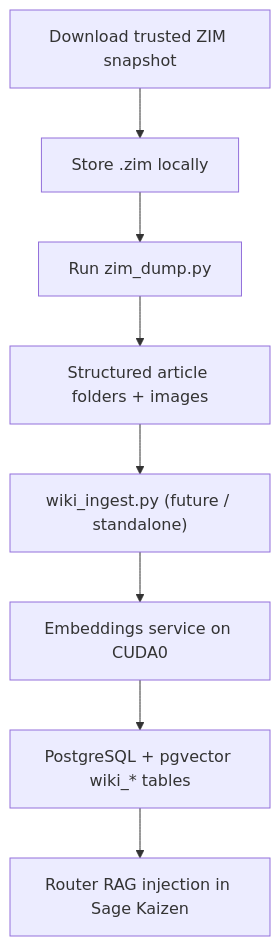
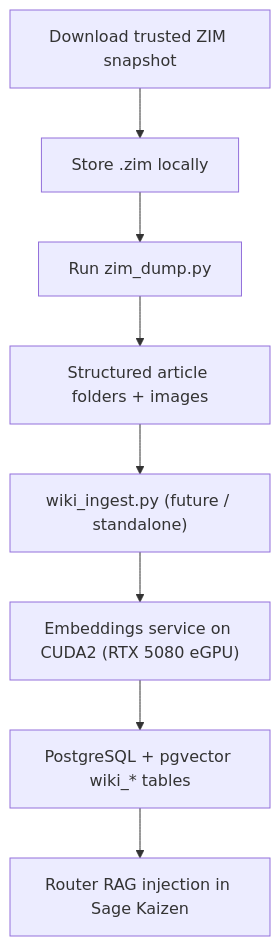
Before and after one commit to Que8549/sage_kaizen_ai: the diagram in docs/03-Wikipedia.md, drawn with Mermaid. The commit also changed 8 other files, not shown here.

````diff
--- a/docs/03-Wikipedia.md
+++ b/docs/03-Wikipedia.md
@@ -424,19 +424,19 @@
 ```mermaid
 flowchart TD
     A["Download trusted ZIM snapshot"]
     B["Store .zim locally"]
     C["Run zim_dump.py"]
     D["Structured article folders + images"]
     E["wiki_ingest.py (future / standalone)"]
-    F["Embeddings service on CUDA0"]
+    F["Embeddings service on CUDA2 (RTX 5080 eGPU)"]
     G["PostgreSQL + pgvector wiki_* tables"]
     H["Router RAG injection in Sage Kaizen"]
 
     A --> B
     B --> C
     C --> D
     D --> E
     E --> F
     F --> G
     G --> H
 ```
````
